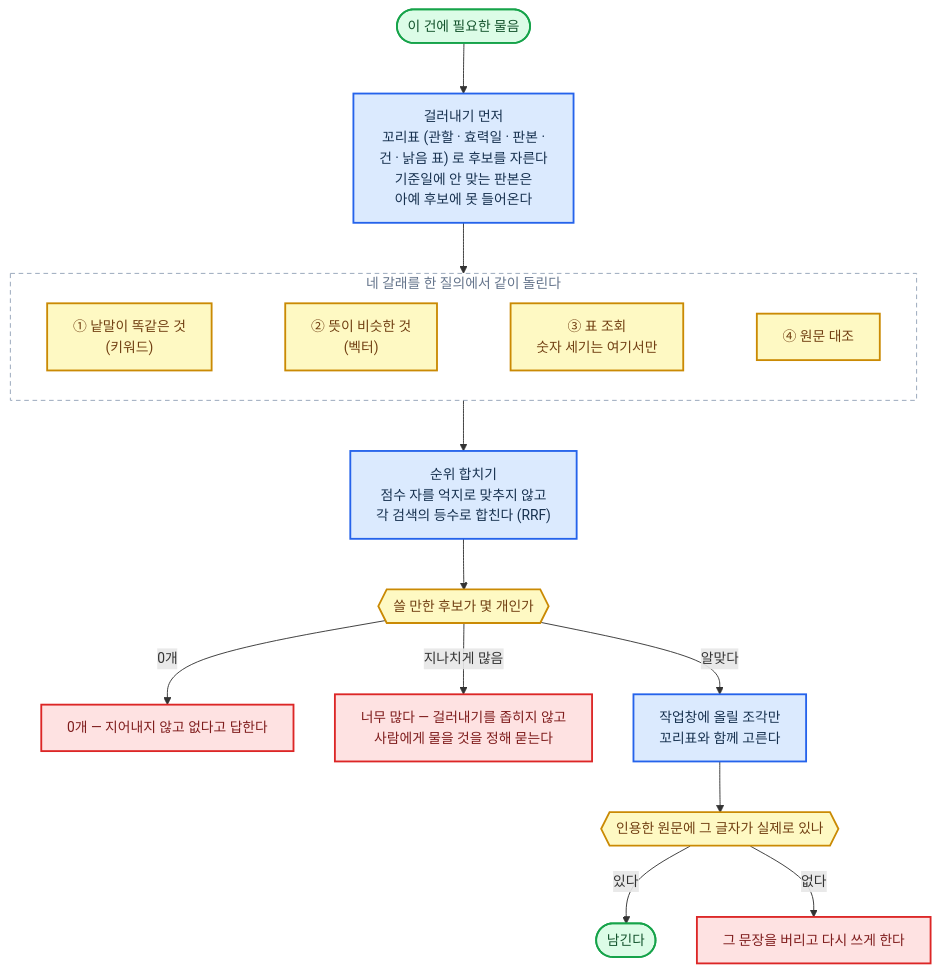
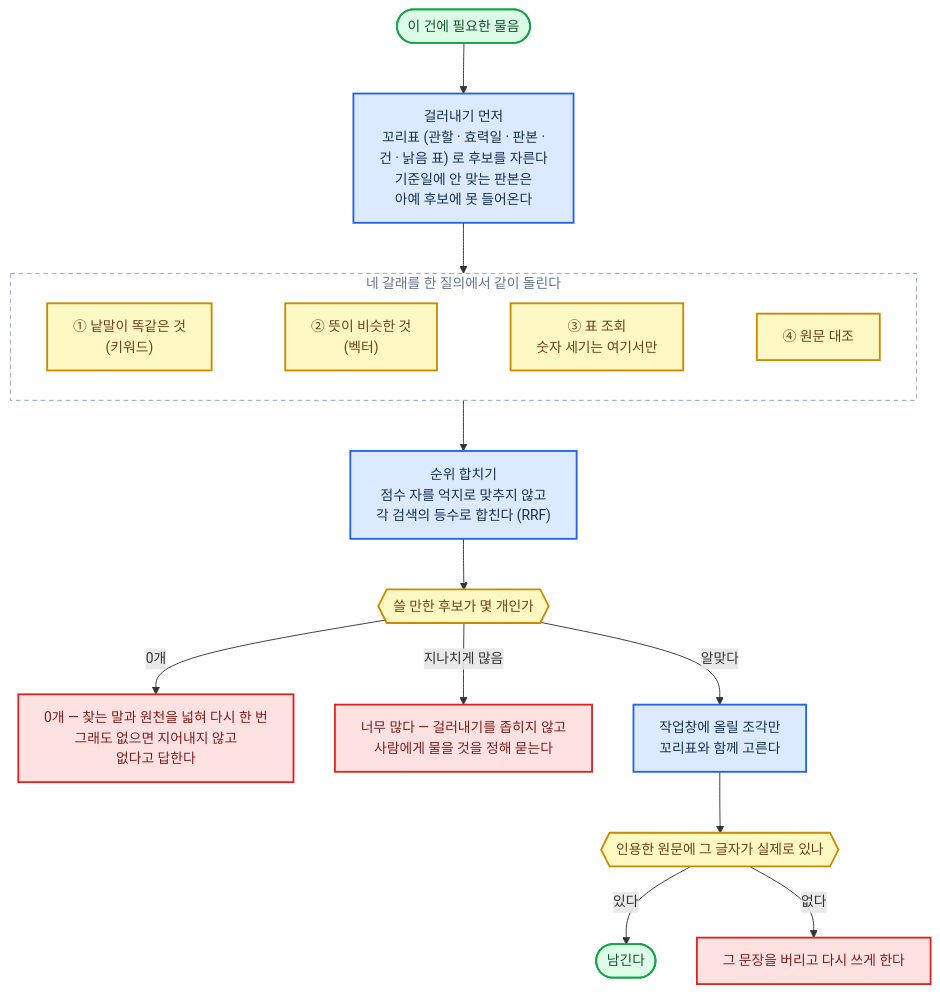
Before and after one commit to harisbaguette/expert: the ninth of 43 diagrams in 전문가 에이전트 정의 2.md, drawn with Mermaid. The commit also changed other lines of this file and 41 other files, not shown here.

````diff
--- a/전문가 에이전트 정의 2.md
+++ b/전문가 에이전트 정의 2.md
@@ -1224,35 +1096,35 @@
 ```mermaid
 %%{init: {"flowchart": {"wrappingWidth": 640, "curve": "basis", "nodeSpacing": 45, "rankSpacing": 55, "padding": 14, "useMaxWidth": true}, "themeVariables": {"fontSize": "15px"}} }%%
 flowchart TB
     Q(["이 건에 필요한 물음"]):::good
     FILT["걸러내기 먼저<br/>꼬리표 (관할 · 효력일 · 판본 ·<br/>건 · 낡음 표) 로 후보를 자른다<br/>기준일에 안 맞는 판본은<br/>아예 후보에 못 들어온다"]:::main
     subgraph FOUR["네 갈래를 한 질의에서 같이 돌린다"]
         direction LR
         W["① 낱말이 똑같은 것<br/>(키워드)"]:::note
         V["② 뜻이 비슷한 것<br/>(벡터)"]:::note
         TB2["③ 표 조회<br/>숫자 세기는 여기서만"]:::note
         O["④ 원문 대조"]:::note
         W ~~~ V ~~~ TB2 ~~~ O
     end
     RRF["순위 합치기<br/>점수 자를 억지로 맞추지 않고<br/>각 검색의 등수로 합친다 (RRF)"]:::main
     HOW{{"쓸 만한 후보가 몇 개인가"}}:::note
-    NONE["0개 — 지어내지 않고 없다고 답한다"]:::stop
+    NONE["0개 — 찾는 말과 원천을 넓혀 다시 한 번<br/>그래도 없으면 지어내지 않고<br/>없다고 답한다"]:::stop
     MANY["너무 많다 — 걸러내기를 좁히지 않고<br/>사람에게 물을 것을 정해 묻는다"]:::stop
     PICK["작업창에 올릴 조각만<br/>꼬리표와 함께 고른다"]:::main
     CITE{{"인용한 원문에 그 글자가 실제로 있나"}}:::note
     KEEP(["남긴다"]):::good
     DROP["그 문장을 버리고 다시 쓰게 한다"]:::stop
     Q --> FILT --> FOUR --> RRF --> HOW
     HOW -- "0개" --> NONE
     HOW -- "지나치게 많음" --> MANY
     HOW -- "알맞다" --> PICK --> CITE
     CITE -- "있다" --> KEEP
     CITE -- "없다" --> DROP
     classDef main fill:#dbeafe,stroke:#2563eb,stroke-width:2px,color:#17314f
     classDef stop fill:#fee2e2,stroke:#dc2626,stroke-width:2px,color:#7f1d1d
     classDef back fill:#ffedd5,stroke:#ea580c,stroke-width:2px,color:#7c2d12
     classDef store fill:#e5e7eb,stroke:#6b7280,stroke-width:2px,color:#1f2937
     classDef good fill:#dcfce7,stroke:#16a34a,stroke-width:2px,color:#14532d
     classDef note fill:#fef9c3,stroke:#ca8a04,stroke-width:2px,color:#713f12
     style FOUR fill:none,stroke:#94a3b8,stroke-width:1px,stroke-dasharray:5 4,color:#64748b
 ```
````
